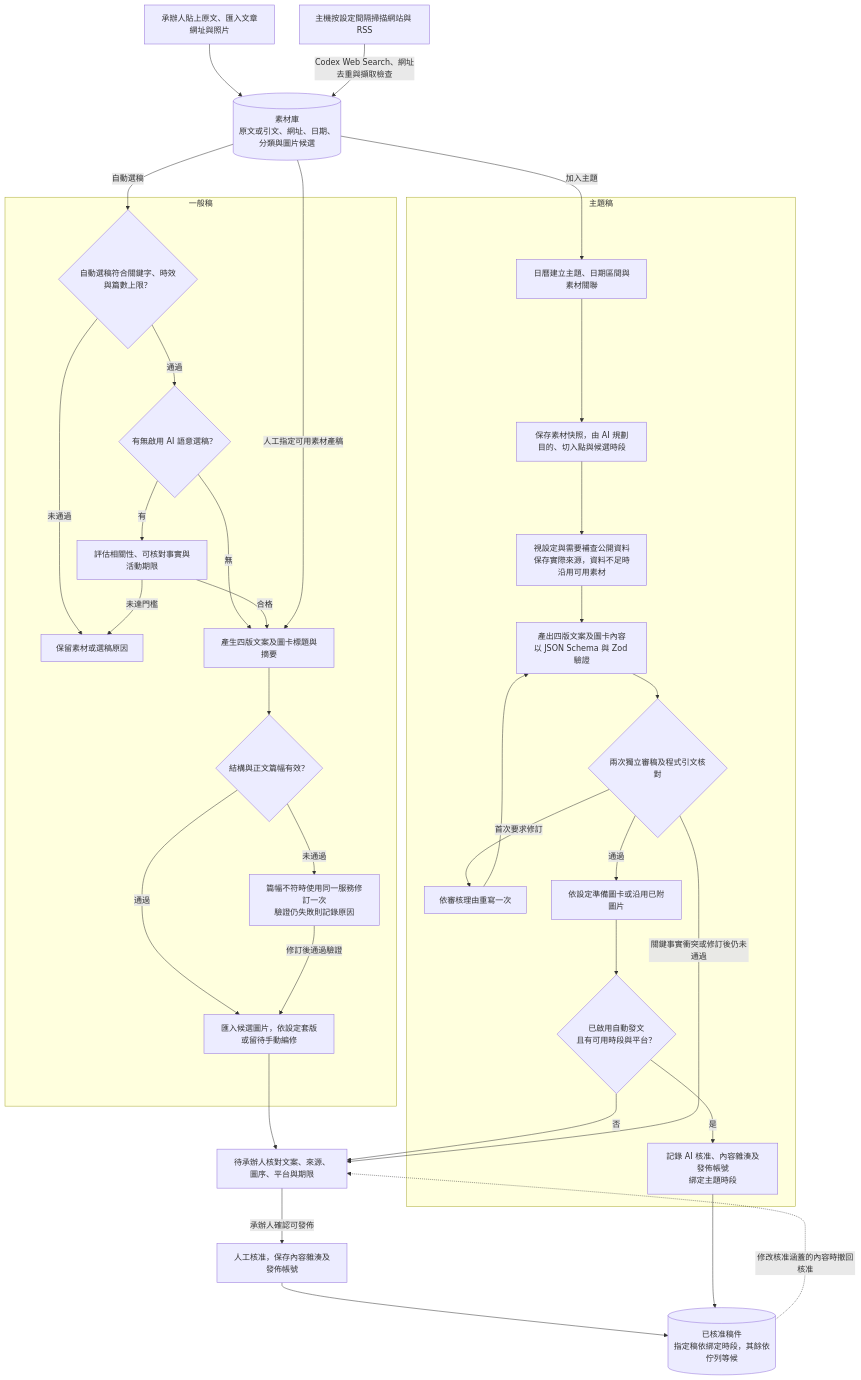
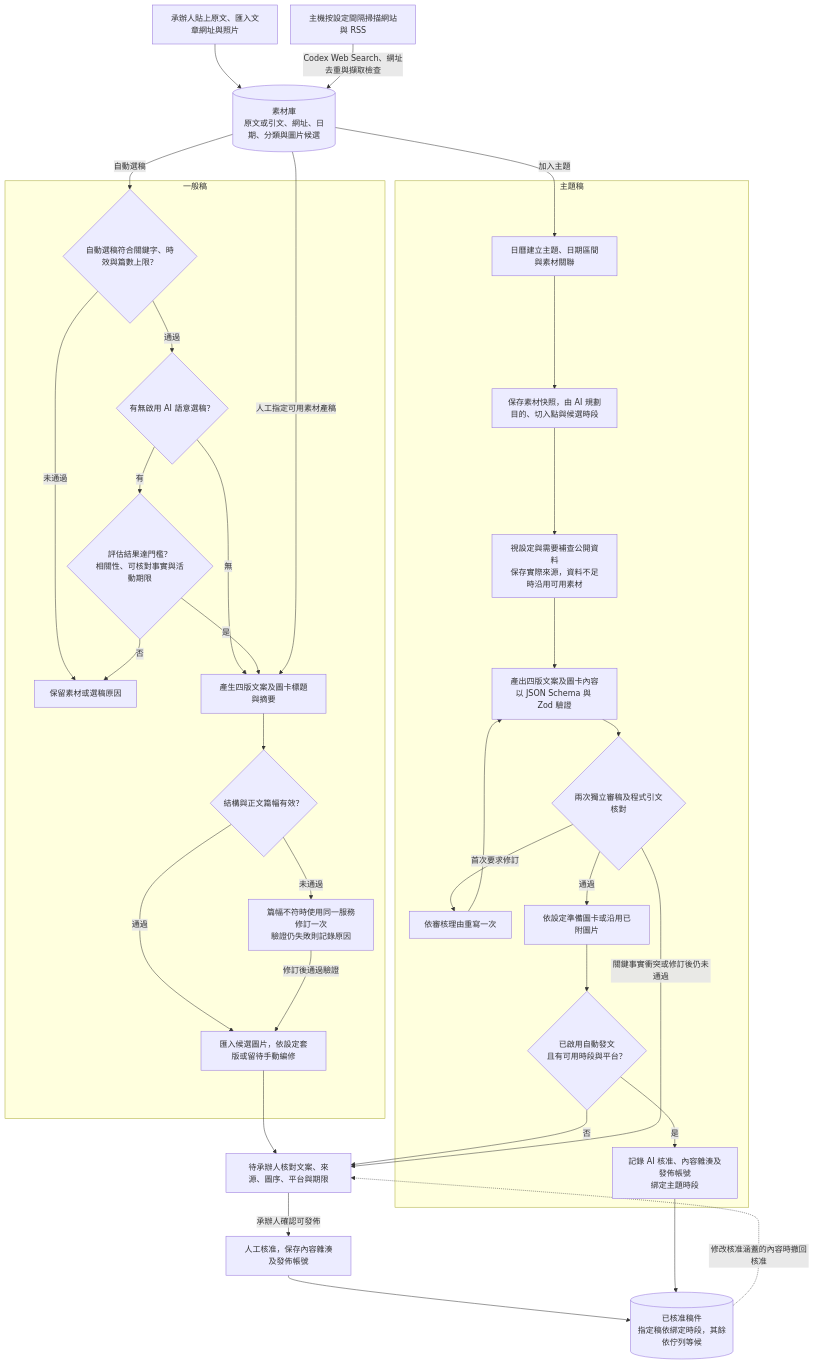
One commit to love2004/campus-social changed the second of 3 diagrams in docs/project-report-outline.md. Above: the diagram before and after it, drawn with Mermaid. The commit also changed other lines of this file, not shown here.

Commit message:
Refine project report diagrams

````diff
--- a/docs/project-report-outline.md
+++ b/docs/project-report-outline.md
@@ -100,59 +107,66 @@
 ```mermaid
+---
+config:
+  flowchart:
+    nodeSpacing: 26
+    rankSpacing: 34
+    wrappingWidth: 190
+---
 flowchart TB
     Manual["承辦人貼上原文、匯入文章網址與照片"]
     Subscription["主機按設定間隔掃描網站與 RSS"]
     Materials[("素材庫<br/>原文或引文、網址、日期、分類與圖片候選")]
     Manual --> Materials
     Subscription -->|Codex Web Search、網址去重與擷取檢查| Materials
 
     subgraph GENERAL["一般稿"]
         Rules{"自動選稿符合關鍵字、時效與篇數上限？"}
         Semantic{"有無啟用 AI 語意選稿？"}
-        Assess["評估相關性、可核對事實與活動期限"]
+        Assess{"評估結果達門檻？<br/>相關性、可核對事實與活動期限"}
         Skip["保留素材或選稿原因"]
         Copy["產生四版文案及圖卡標題與摘要"]
         CopyCheck{"結構與正文篇幅有效？"}
         Revise["篇幅不符時使用同一服務修訂一次<br/>驗證仍失敗則記錄原因"]
         Art["匯入候選圖片，依設定套版或留待手動編修"]
         Rules -->|通過| Semantic
         Rules -->|未通過| Skip
         Semantic -->|有| Assess
         Semantic -->|無| Copy
-        Assess -->|合格| Copy
-        Assess -->|未達門檻| Skip
+        Assess -->|是| Copy
+        Assess -->|否| Skip
         Copy --> CopyCheck
         CopyCheck -->|通過| Art
         CopyCheck -->|未通過| Revise
         Revise -->|修訂後通過驗證| Art
     end
 
     subgraph TOPIC["主題稿"]
         Calendar["日曆建立主題、日期區間與素材關聯"]
         Plan["保存素材快照，由 AI 規劃目的、切入點與候選時段"]
         Research["視設定與需要補查公開資料<br/>保存實際來源，資料不足時沿用可用素材"]
         Candidate["產出四版文案及圖卡內容<br/>以 JSON Schema 與 Zod 驗證"]
         Evidence{"兩次獨立審稿及程式引文核對"}
         Rewrite["依審核理由重寫一次"]
         TopicArt["依設定準備圖卡或沿用已附圖片"]
         Auto{"已啟用自動發文<br/>且有可用時段與平台？"}
         Bind["記錄 AI 核准、內容雜湊及發佈帳號<br/>綁定主題時段"]
         Calendar --> Plan --> Research --> Candidate --> Evidence
         Evidence -->|首次要求修訂| Rewrite --> Candidate
         Evidence -->|通過| TopicArt --> Auto
         Auto -->|是| Bind
     end
 
     Materials -->|自動選稿| Rules
     Materials -->|人工指定可用素材產稿| Copy
     Materials -->|加入主題| Calendar
 
     Review["待承辦人核對文案、來源、圖序、平台與期限"]
     Human["人工核准，保存內容雜湊及發佈帳號"]
     Ready[("已核准稿件<br/>指定稿依綁定時段，其餘依佇列等候")]
     Art --> Review
     Auto -->|否| Review
     Evidence -->|關鍵事實衝突或修訂後仍未通過| Review
     Review -->|承辦人確認可發佈| Human --> Ready
     Bind --> Ready
     Ready -.->|修改核准涵蓋的內容時撤回核准| Review
 ```
````
